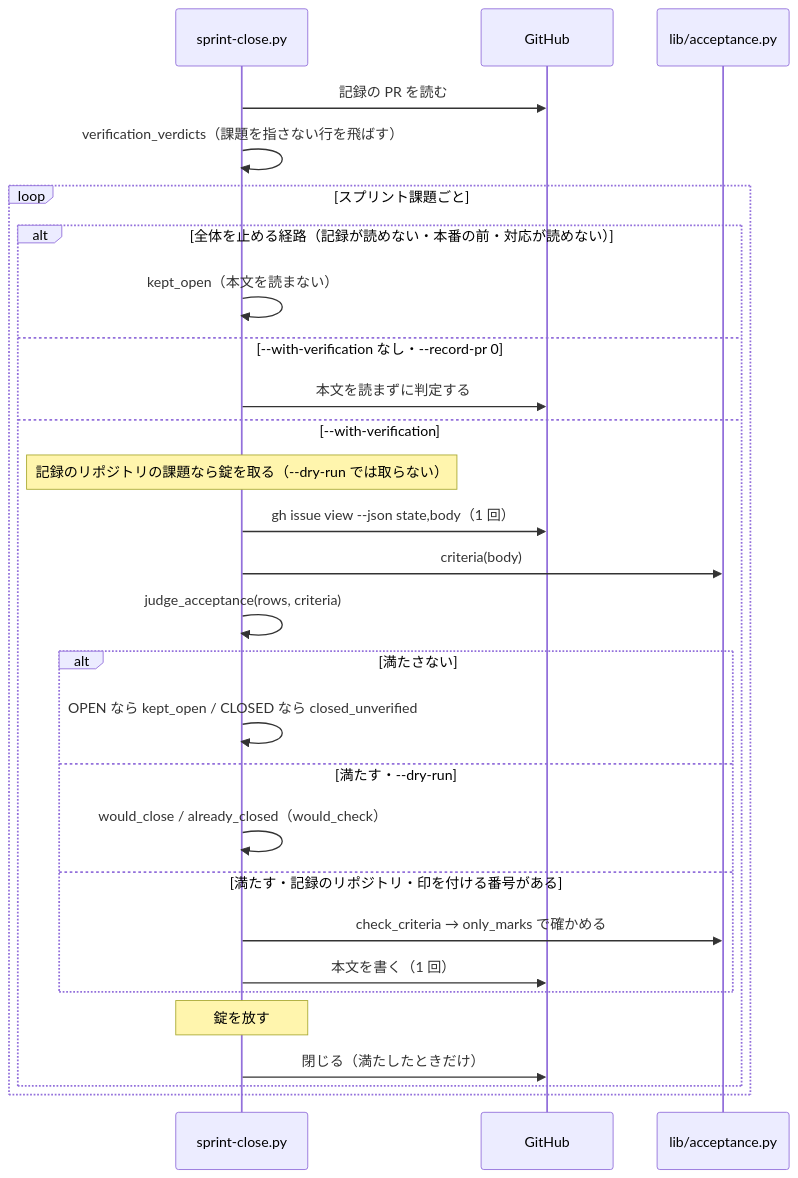
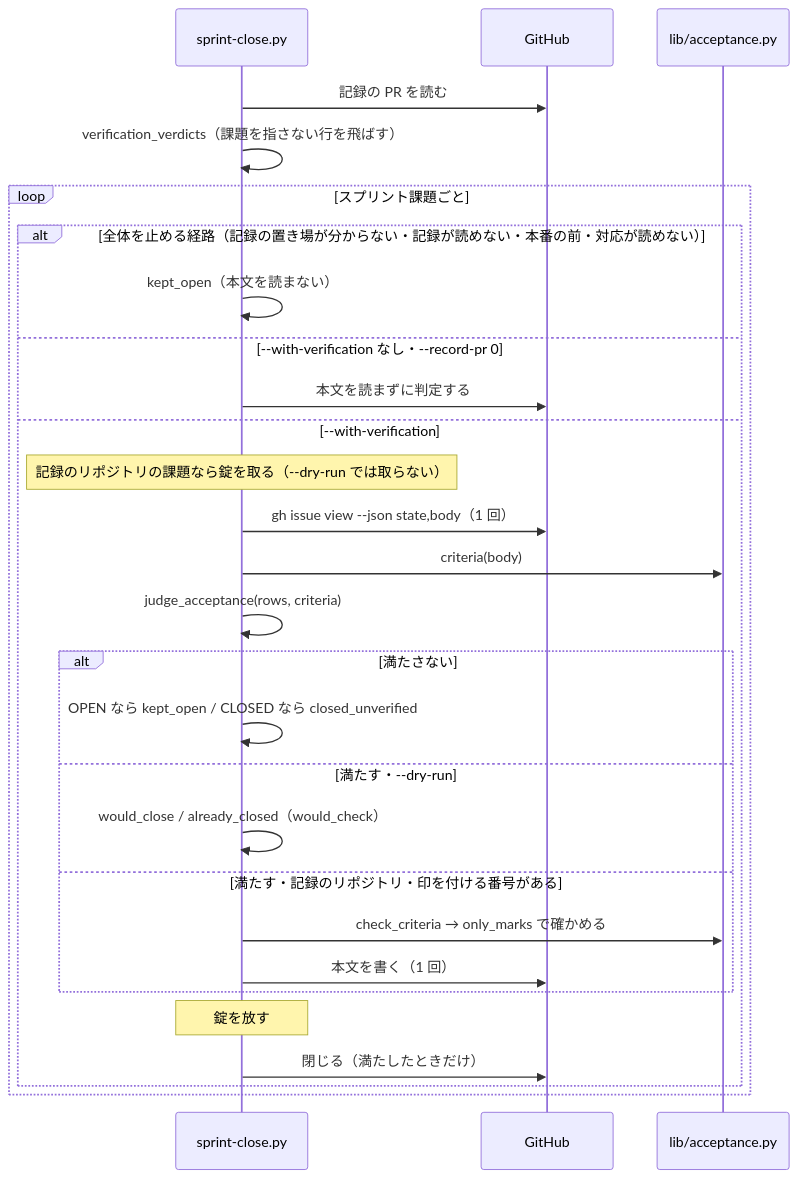
The diagram in docs/specifications/ndf-sprint-close-acceptance-criteria.md (devbasex/ai-plugins), drawn with Mermaid before and after one commit. The commit also changed other lines of this file and 2 other files, not shown here.

````diff
--- a/docs/specifications/ndf-sprint-close-acceptance-criteria.md
+++ b/docs/specifications/ndf-sprint-close-acceptance-criteria.md
@@ -100,30 +100,30 @@
 ```mermaid
 sequenceDiagram
   participant SC as sprint-close.py
   participant GH as GitHub
   participant AC as lib/acceptance.py
   SC->>GH: 記録の PR を読む
   SC->>SC: verification_verdicts（課題を指さない行を飛ばす）
   loop スプリント課題ごと
-    alt 全体を止める経路（記録が読めない・本番の前・対応が読めない）
+    alt 全体を止める経路（記録の置き場が分からない・記録が読めない・本番の前・対応が読めない）
       SC->>SC: kept_open（本文を読まない）
     else --with-verification なし・--record-pr 0
       SC->>GH: 本文を読まずに判定する
     else --with-verification
       Note over SC: 記録のリポジトリの課題なら錠を取る（--dry-run では取らない）
       SC->>GH: gh issue view --json state,body（1 回）
       SC->>AC: criteria(body)
       SC->>SC: judge_acceptance(rows, criteria)
       alt 満たさない
         SC->>SC: OPEN なら kept_open / CLOSED なら closed_unverified
       else 満たす・--dry-run
         SC->>SC: would_close / already_closed（would_check）
       else 満たす・記録のリポジトリ・印を付ける番号がある
         SC->>AC: check_criteria → only_marks で確かめる
         SC->>GH: 本文を書く（1 回）
       end
       Note over SC: 錠を放す
       SC->>GH: 閉じる（満たしたときだけ）
     end
   end
 ```
````
